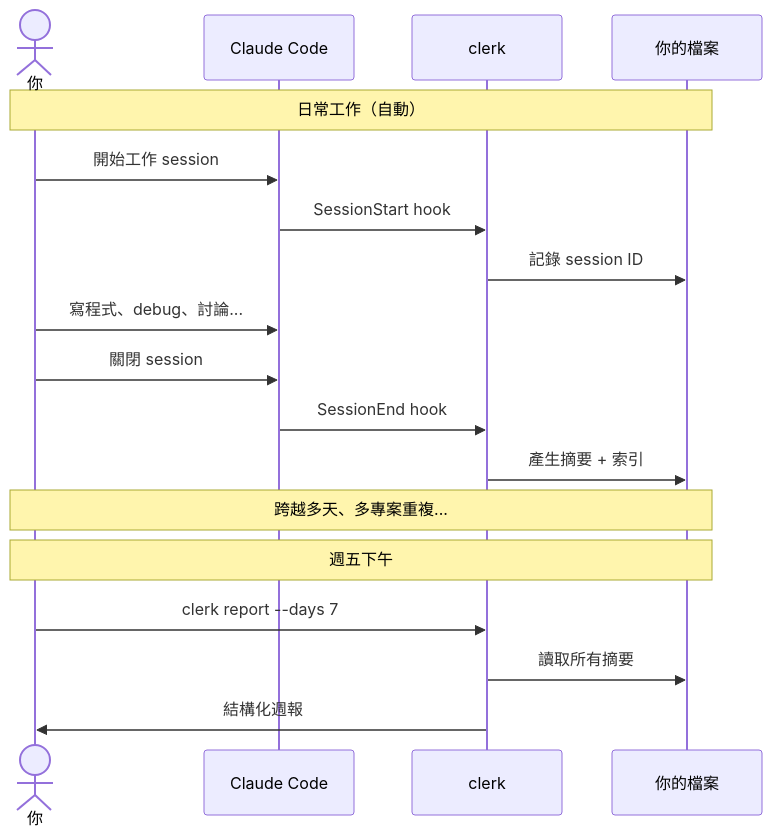
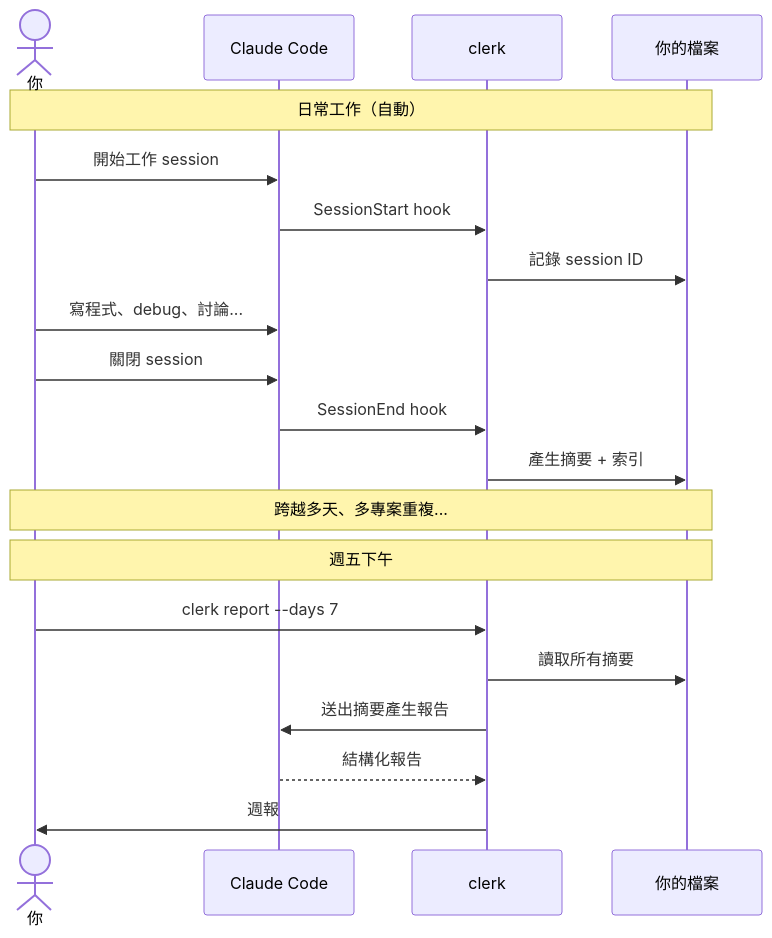
The second of 2 diagrams in README.zh-TW.md (vulcanshen/clerk), drawn with Mermaid before and after one commit. The commit also changed 3 other files, not shown here.

Commit message:
docs: add Claude report generation step to user journey diagram

````diff
--- a/README.zh-TW.md
+++ b/README.zh-TW.md
@@ -91,24 +91,26 @@
 ```mermaid
 sequenceDiagram
     actor You as 你
     participant CC as Claude Code
     participant clerk
     participant Files as 你的檔案
 
     Note over You,Files: 日常工作（自動）
     You->>CC: 開始工作 session
     CC->>clerk: SessionStart hook
     clerk->>Files: 記錄 session ID
 
     You->>CC: 寫程式、debug、討論...
     You->>CC: 關閉 session
     CC->>clerk: SessionEnd hook
     clerk->>Files: 產生摘要 + 索引
 
     Note over You,Files: 跨越多天、多專案重複...
 
     Note over You,Files: 週五下午
     You->>clerk: clerk report --days 7
     clerk->>Files: 讀取所有摘要
-    clerk->>You: 結構化週報
+    clerk->>CC: 送出摘要產生報告
+    CC-->>clerk: 結構化報告
+    clerk->>You: 週報
 ```
````
